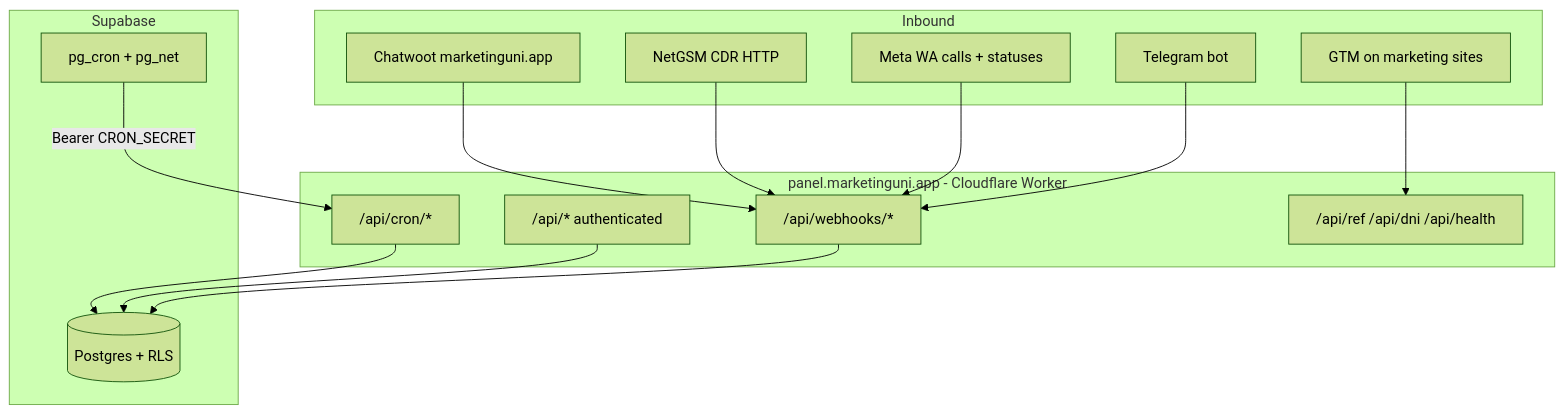
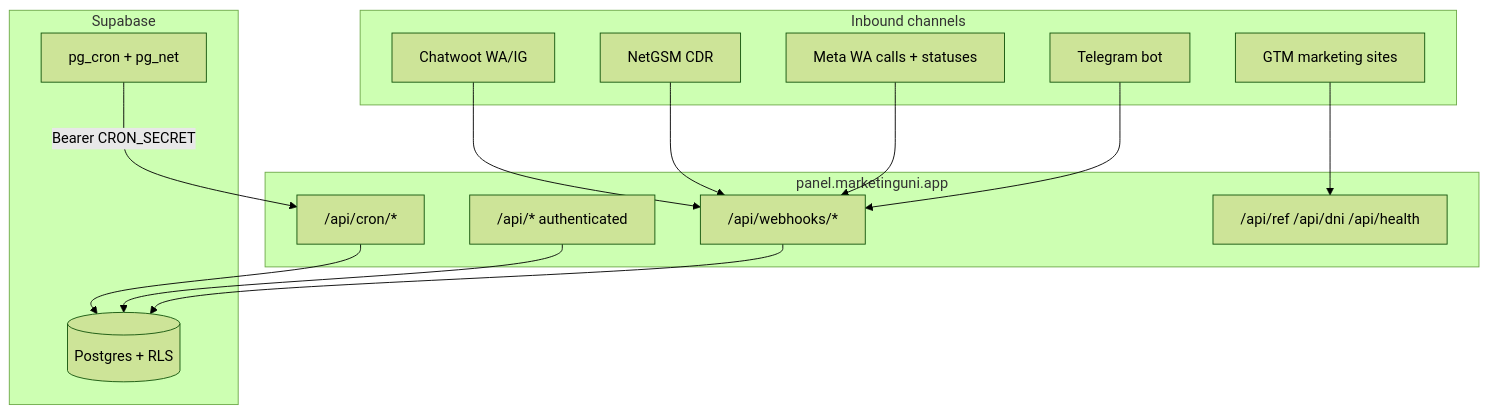
The diagram in docs/engineering-onboarding.md (cinarvarlik3-tech/Univotel-CRM), drawn with Mermaid (forest theme) before and after one commit. The commit also changed other lines of this file and 154 other files, not shown here.

````diff
--- a/docs/engineering-onboarding.md
+++ b/docs/engineering-onboarding.md
@@ -51,32 +140,32 @@
 ```mermaid
 flowchart TB
-  subgraph inbound [Inbound]
-    CW[Chatwoot marketinguni.app]
-    NG[NetGSM CDR HTTP]
+  subgraph inbound [Inbound channels]
+    CW[Chatwoot WA/IG]
+    NG[NetGSM CDR]
     META[Meta WA calls + statuses]
     TG[Telegram bot]
-    GTM[GTM on marketing sites]
+    GTM[GTM marketing sites]
   end
 
-  subgraph crm [panel.marketinguni.app - Cloudflare Worker]
+  subgraph crm [panel.marketinguni.app]
     WH["/api/webhooks/*"]
     API["/api/* authenticated"]
     PUB["/api/ref /api/dni /api/health"]
     CRON["/api/cron/*"]
   end
 
   subgraph data [Supabase]
     PG[(Postgres + RLS)]
     CRONJOB[pg_cron + pg_net]
   end
 
   CW --> WH
   NG --> WH
   META --> WH
   TG --> WH
   GTM --> PUB
   WH --> PG
   API --> PG
   CRONJOB -->|Bearer CRON_SECRET| CRON
   CRON --> PG
 ```
````
